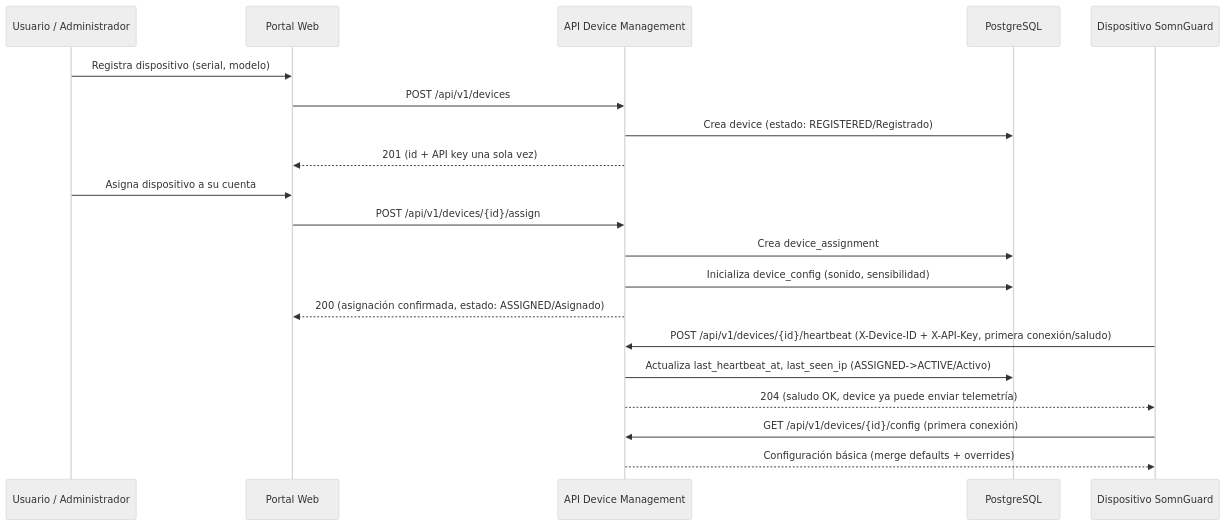
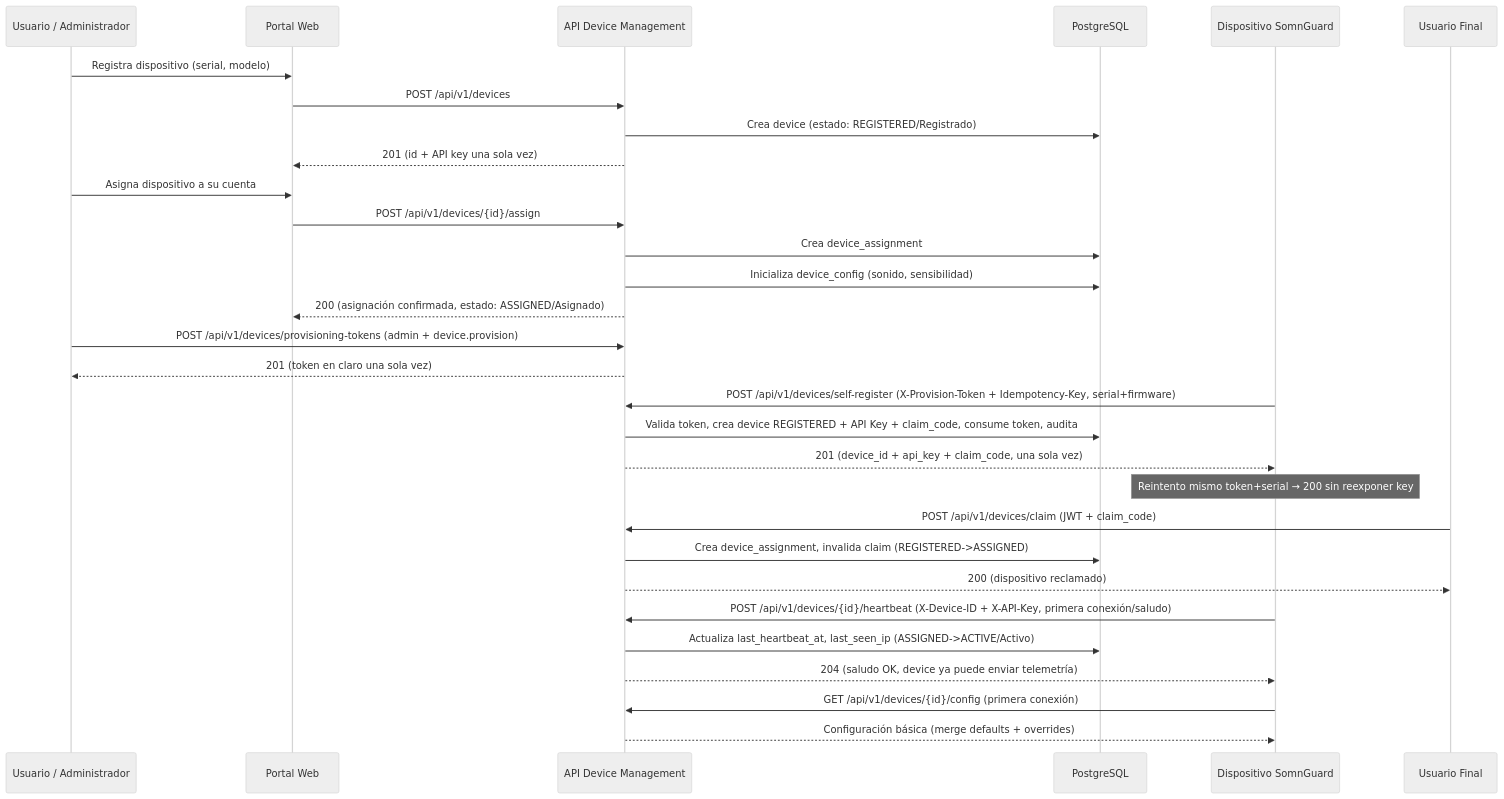
One commit to SomnGuard/somnguard-docs changed the diagram in docs/08-uml/diagrams/source/sd-device-registration.mmd. Above: the diagram before and after it, drawn with Mermaid (neutral theme). The commit also changed 20 other files, not shown here.

First line of the commit message:
docs(all): provisioning self-register flow with merged lifecycle HU

```diff
--- a/docs/08-uml/diagrams/source/sd-device-registration.mmd
+++ b/docs/08-uml/diagrams/source/sd-device-registration.mmd
@@ -1,22 +1,35 @@
 sequenceDiagram
     participant ADM as Usuario / Administrador
     participant WEB as Portal Web
     participant API as API Device Management
     participant DB as PostgreSQL
     participant DEV as Dispositivo SomnGuard
+    participant USR as Usuario Final
 
+    %% Vía A: alta manual (convive con auto-registro)
     ADM->>WEB: Registra dispositivo (serial, modelo)
     WEB->>API: POST /api/v1/devices
     API->>DB: Crea device (estado: REGISTERED/Registrado)
     API-->>WEB: 201 (id + API key una sola vez)
     ADM->>WEB: Asigna dispositivo a su cuenta
     WEB->>API: POST /api/v1/devices/{id}/assign
     API->>DB: Crea device_assignment
     API->>DB: Inicializa device_config (sonido, sensibilidad)
     API-->>WEB: 200 (asignación confirmada, estado: ASSIGNED/Asignado)
 
+    %% Vía B: auto-registro con provisioning token (ADR-010)
+    ADM->>API: POST /api/v1/devices/provisioning-tokens (admin + device.provision)
+    API-->>ADM: 201 (token en claro una sola vez)
+    DEV->>API: POST /api/v1/devices/self-register (X-Provision-Token + Idempotency-Key, serial+firmware)
+    API->>DB: Valida token, crea device REGISTERED + API Key + claim_code, consume token, audita
+    API-->>DEV: 201 (device_id + api_key + claim_code, una sola vez)
+    Note over DEV: Reintento mismo token+serial → 200 sin reexponer key
+    USR->>API: POST /api/v1/devices/claim (JWT + claim_code)
+    API->>DB: Crea device_assignment, invalida claim (REGISTERED->ASSIGNED)
+    API-->>USR: 200 (dispositivo reclamado)
+
     DEV->>API: POST /api/v1/devices/{id}/heartbeat (X-Device-ID + X-API-Key, primera conexión/saludo)
     API->>DB: Actualiza last_heartbeat_at, last_seen_ip (ASSIGNED->ACTIVE/Activo)
     API-->>DEV: 204 (saludo OK, device ya puede enviar telemetría)
     DEV->>API: GET /api/v1/devices/{id}/config (primera conexión)
     API-->>DEV: Configuración básica (merge defaults + overrides)
```
